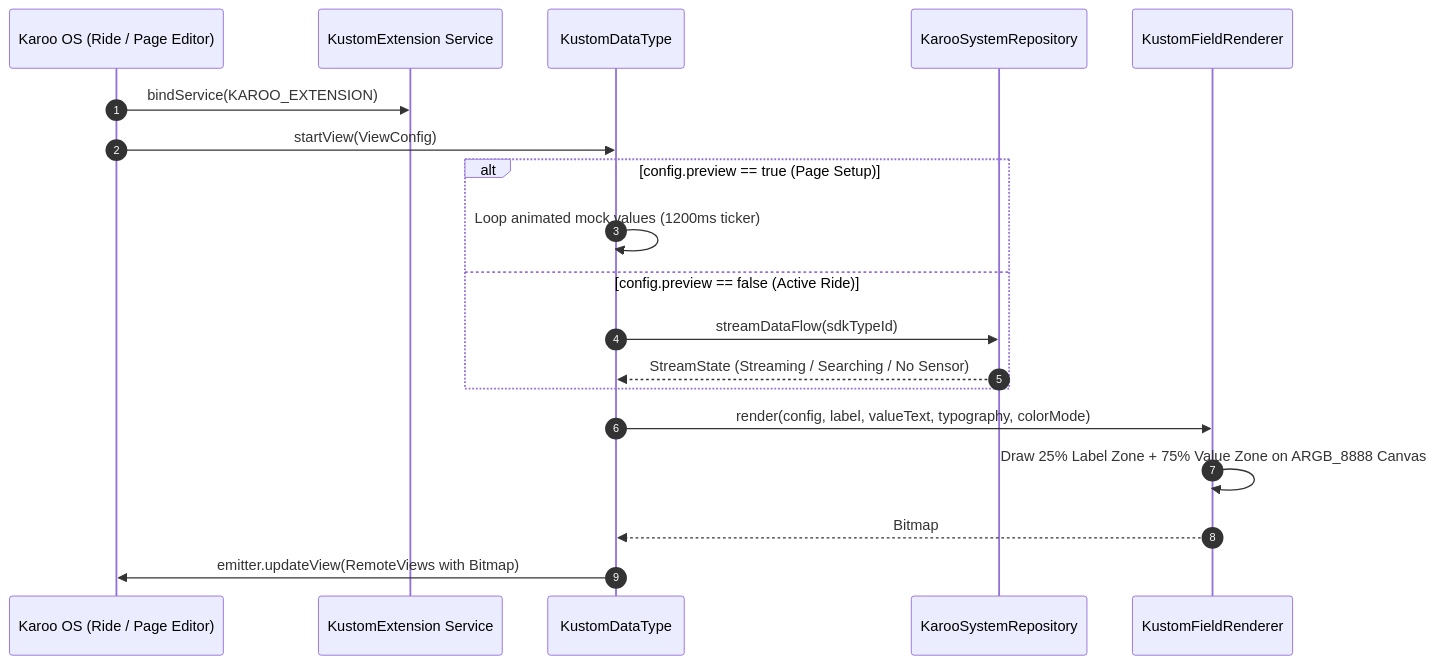
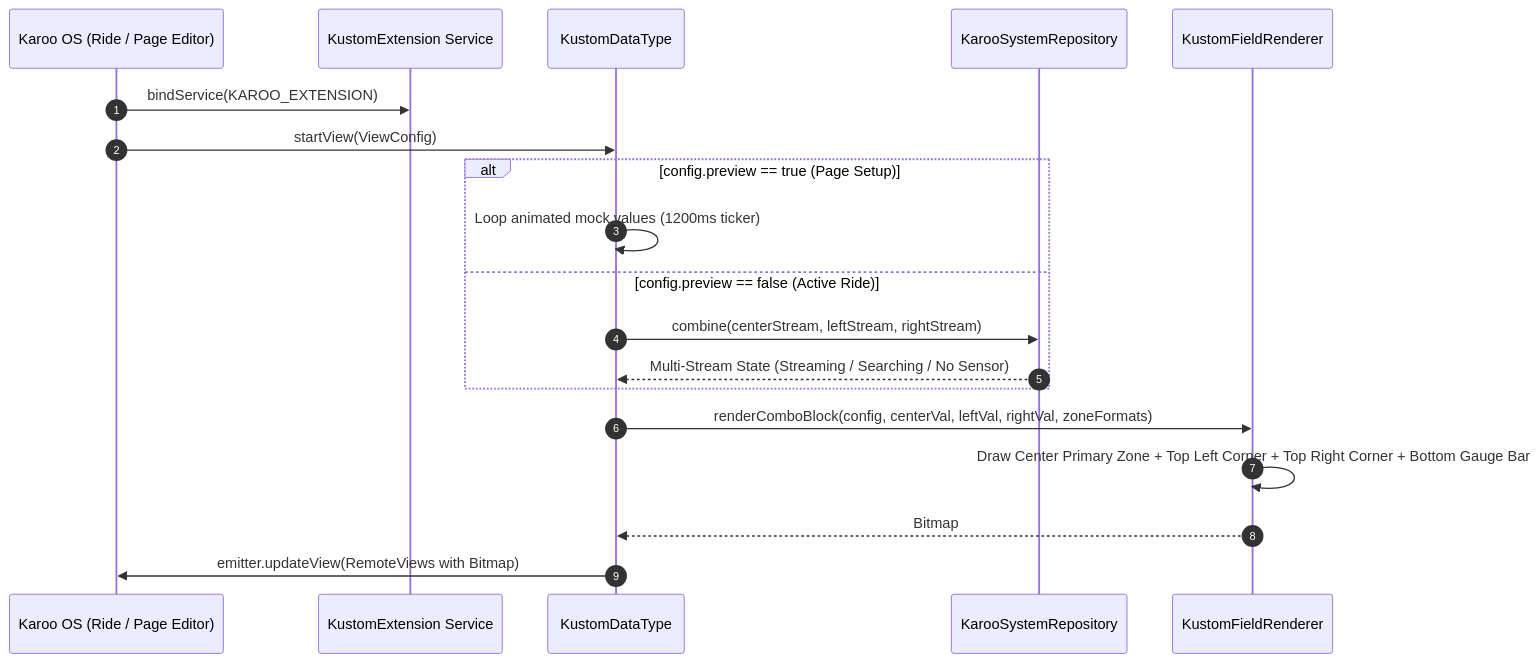
The second of 2 diagrams in README.md (jdhankins/Kustom), drawn with Mermaid before and after one commit. The commit also changed other lines of this file and 1 other file, not shown here.

First line of the commit message:
docs: Update README.md with 3-in-1 multi-stream telemetry architecture and add KDoc comments

````diff
--- a/README.md
+++ b/README.md
@@ -75,24 +76,24 @@
 ```mermaid
 sequenceDiagram
     autonumber
     participant KarooOS as Karoo OS (Ride / Page Editor)
     participant Ext as KustomExtension Service
     participant Type as KustomDataType
     participant Repo as KarooSystemRepository
     participant Render as KustomFieldRenderer
 
     KarooOS->>Ext: bindService(KAROO_EXTENSION)
     KarooOS->>Type: startView(ViewConfig)
     
     alt config.preview == true (Page Setup)
         Type->>Type: Loop animated mock values (1200ms ticker)
     else config.preview == false (Active Ride)
-        Type->>Repo: streamDataFlow(sdkTypeId)
-        Repo-->>Type: StreamState (Streaming / Searching / No Sensor)
+        Type->>Repo: combine(centerStream, leftStream, rightStream)
+        Repo-->>Type: Multi-Stream State (Streaming / Searching / No Sensor)
     end
 
-    Type->>Render: render(config, label, valueText, typography, colorMode)
-    Render->>Render: Draw 25% Label Zone + 75% Value Zone on ARGB_8888 Canvas
+    Type->>Render: renderComboBlock(config, centerVal, leftVal, rightVal, zoneFormats)
+    Render->>Render: Draw Center Primary Zone + Top Left Corner + Top Right Corner + Bottom Gauge Bar
     Render-->>Type: Bitmap
     Type->>KarooOS: emitter.updateView(RemoteViews with Bitmap)
 ```
````
